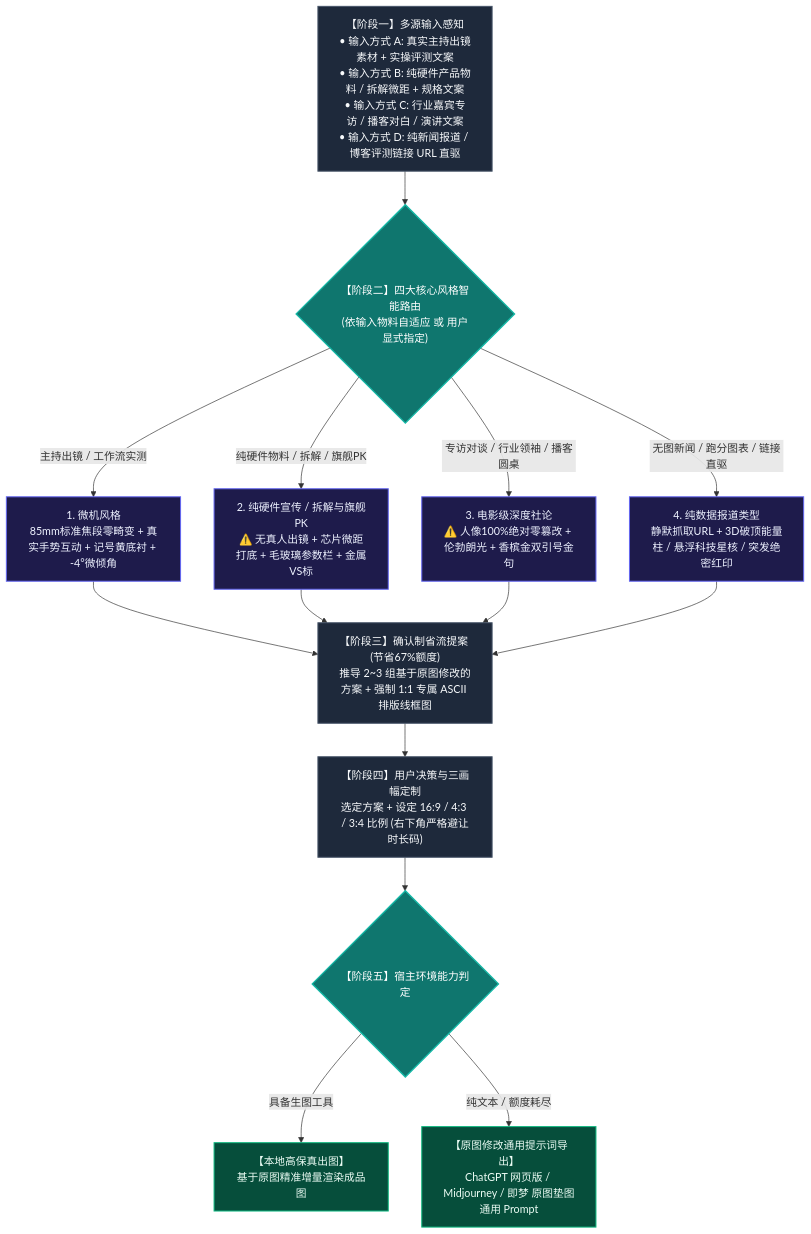
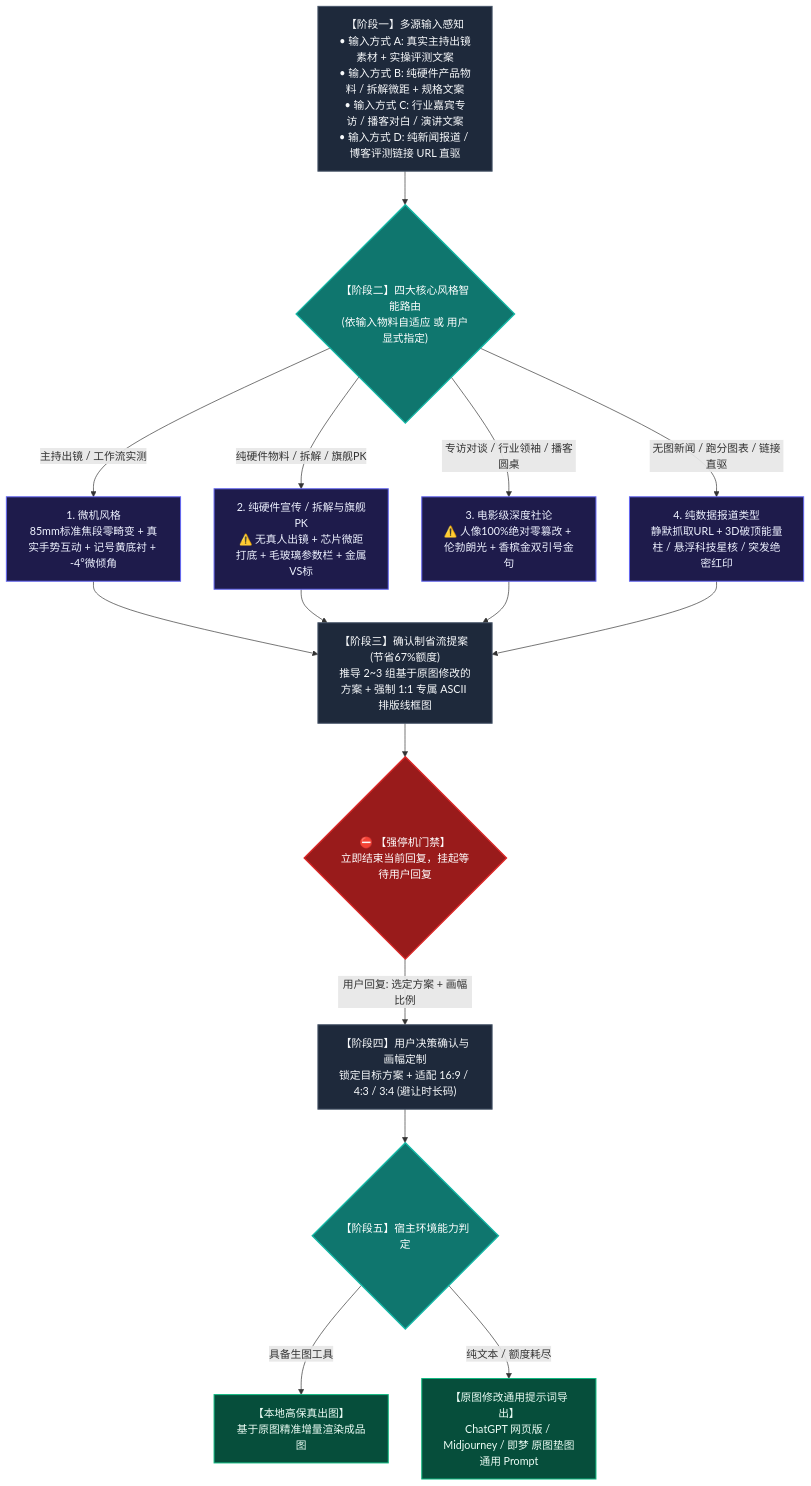
The diagram in README.md (XuBeiYou408/video-cover-designer), drawn with Mermaid before and after one commit. The commit also changed other lines of this file and 1 other file, not shown here.

Commit message:
feat(workflow): add explicit hard breakpoint gate to physically prevent premature prompt generation

````diff
--- a/README.md
+++ b/README.md
@@ -26,31 +35,35 @@
 ```mermaid
 flowchart TD
     A["【阶段一】多源输入感知<br>• 输入方式 A: 真实主持出镜素材 + 实操评测文案<br>• 输入方式 B: 纯硬件产品物料 / 拆解微距 + 规格文案<br>• 输入方式 C: 行业嘉宾专访 / 播客对白 / 演讲文案<br>• 输入方式 D: 纯新闻报道 / 博客评测链接 URL 直驱"]
     --> B{"【阶段二】四大核心风格智能路由<br>(依输入物料自适应 或 用户显式指定)"}
 
     B -->|主持出镜 / 工作流实测| C1["1. 微机风格<br>85mm标准焦段零畸变 + 真实手势互动 + 记号黄底衬 + -4°微倾角"]
     B -->|纯硬件物料 / 拆解 / 旗舰PK| C2["2. 纯硬件宣传 / 拆解与旗舰PK<br>⚠️ 无真人出镜 + 芯片微距打底 + 毛玻璃参数栏 + 金属VS标"]
     B -->|专访对谈 / 行业领袖 / 播客圆桌| C3["3. 电影级深度社论<br>⚠️ 人像100%绝对零篡改 + 伦勃朗光 + 香槟金双引号金句"]
     B -->|无图新闻 / 跑分图表 / 链接直驱| C4["4. 纯数据报道类型<br>静默抓取URL + 3D破顶能量柱 / 悬浮科技星核 / 突发绝密红印"]
 
     C1 --> D["【阶段三】确认制省流提案 (节省67%额度)<br>推导 2~3 组基于原图修改的方案 + 强制 1:1 专属 ASCII 排版线框图"]
     C2 --> D
     C3 --> D
     C4 --> D
 
-    D --> E["【阶段四】用户决策与三画幅定制<br>选定方案 + 设定 16:9 / 4:3 / 3:4 比例 (右下角严格避让时长码)"]
+    D --> StopGate{"⛔ 【强停机门禁】<br>立即结束当前回复，挂起等待用户回复"}
+
+    StopGate -->|用户回复: 选定方案 + 画幅比例| E["【阶段四】用户决策确认与画幅定制<br>锁定目标方案 + 适配 16:9 / 4:3 / 3:4 (避让时长码)"]
 
     E --> F{"【阶段五】宿主环境能力判定"}
     F -->|具备生图工具| G["【本地高保真出图】<br>基于原图精准增量渲染成品图"]
     F -->|纯文本 / 额度耗尽| H["【原图修改通用提示词导出】<br>ChatGPT 网页版 / Midjourney / 即梦 原图垫图通用 Prompt"]
 
     classDef stage fill:#1E293B,stroke:#475569,color:#F8FAFC,stroke-width:1.5px;
     classDef decision fill:#0F766E,stroke:#14B8A6,color:#FFFFFF,stroke-width:2px;
+    classDef stop fill:#991B1B,stroke:#DC2626,color:#FFFFFF,stroke-width:2px;
     classDef engine fill:#1E1B4B,stroke:#6366F1,color:#EEF2FF,stroke-width:1.5px;
     classDef output fill:#064E3B,stroke:#10B981,color:#ECFDF5,stroke-width:1.5px;
 
     class A,D,E stage;
     class B,F decision;
+    class StopGate stop;
     class C1,C2,C3,C4 engine;
     class G,H output;
 ```
````
